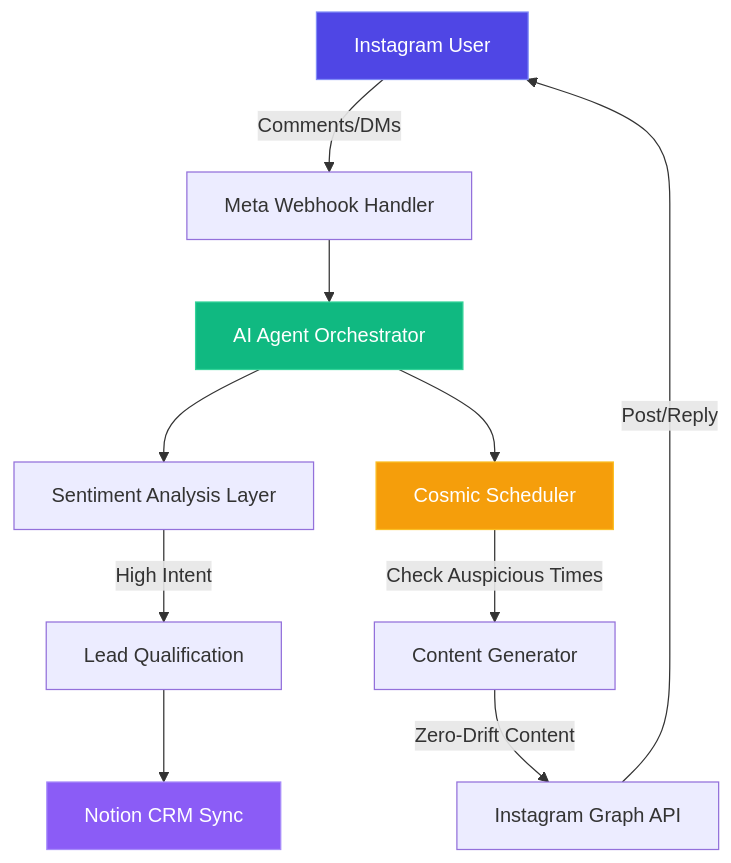
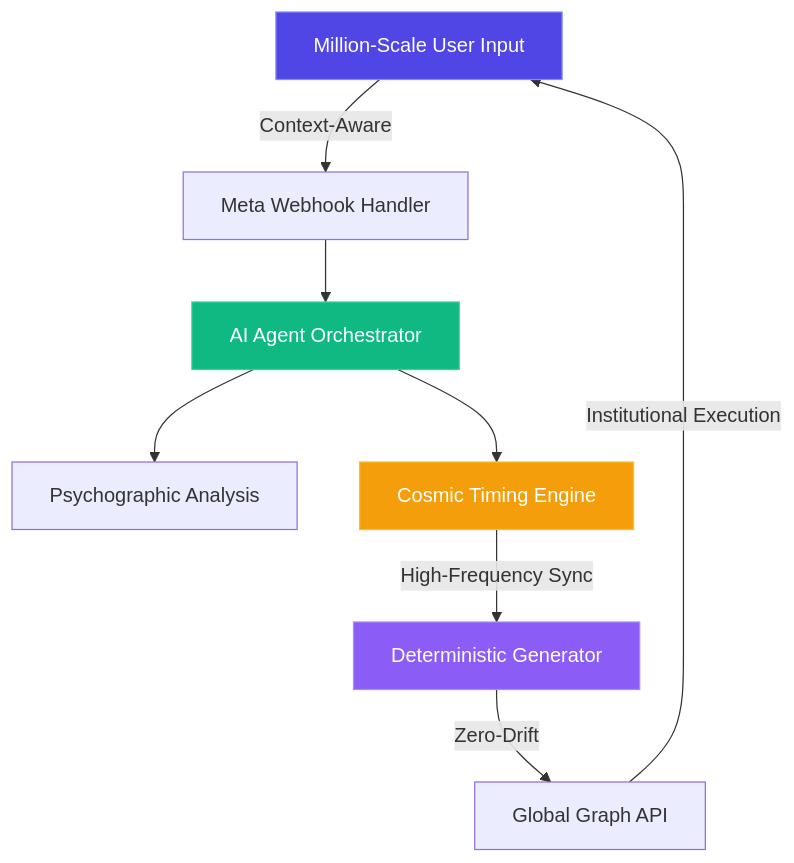
Before and after one commit to opendev-labs/auto-notion: the diagram in README.md, drawn with Mermaid. The commit also changed other lines of this file and 9 other files, not shown here.

````diff
--- a/README.md
+++ b/README.md
@@ -83,17 +67,15 @@
 ```mermaid
 graph TB
-    A[Instagram User] -->|Comments/DMs| B[Meta Webhook Handler]
-    B --> C[AI Agent Orchestrator]
-    C --> D[Sentiment Analysis Layer]
-    C --> E[Cosmic Scheduler]
-    E -->|Check Auspicious Times| F[Content Generator]
-    D -->|High Intent| G[Lead Qualification]
-    G --> H[Notion CRM Sync]
-    F -->|Zero-Drift Content| I[Instagram Graph API]
-    I -->|Post/Reply| A
+    A["Million-Scale User Input"] -->|Context-Aware| B["Meta Webhook Handler"]
+    B --> C["AI Agent Orchestrator"]
+    C --> D["Psychographic Analysis"]
+    C --> E["Cosmic Timing Engine"]
+    E -->|High-Frequency Sync| F["Deterministic Generator"]
+    F -->|Zero-Drift| I["Global Graph API"]
+    I -->|Institutional Execution| A
     
     style A fill:#4F46E5,stroke:#818CF8,color:#fff
     style C fill:#10B981,stroke:#34D399,color:#fff
     style E fill:#F59E0B,stroke:#FBBF24,color:#fff
-    style H fill:#8B5CF6,stroke:#A78BFA,color:#fff
+    style F fill:#8B5CF6,stroke:#A78BFA,color:#fff
 ```
````
